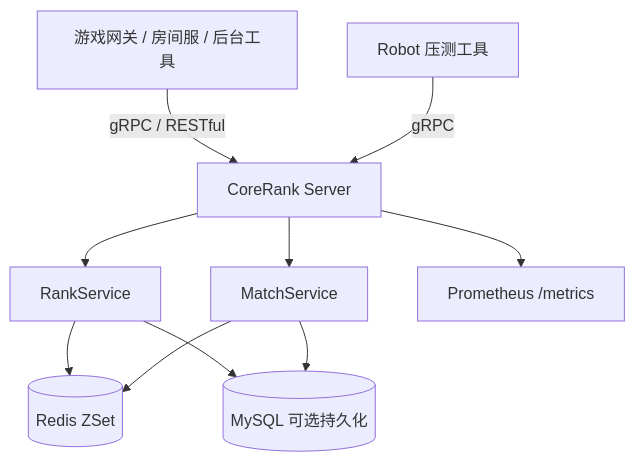
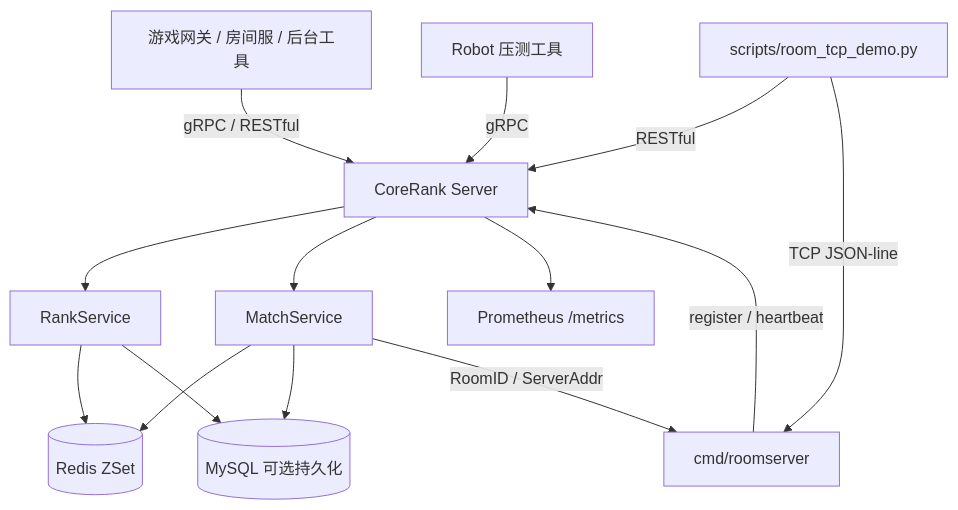
The diagram in CoreRank_Proposal.md (jingjie2002/CoreRank), drawn with Mermaid before and after one commit. The commit also changed other lines of this file and 1 other file, not shown here.

Commit message:
docs: update tcp roomserver project overview

````diff
--- a/CoreRank_Proposal.md
+++ b/CoreRank_Proposal.md
@@ -121,12 +127,16 @@
 ```mermaid
 graph TB
     Client["游戏网关 / 房间服 / 后台工具"] -->|"gRPC / RESTful"| Server["CoreRank Server"]
     Robot["Robot 压测工具"] -->|"gRPC"| Server
+    RoomDemo["scripts/room_tcp_demo.py"] -->|"RESTful"| Server
+    RoomDemo -->|"TCP JSON-line"| RoomServer["cmd/roomserver"]
+    RoomServer -->|"register / heartbeat"| Server
     Server --> RankService["RankService"]
     Server --> MatchService["MatchService"]
     RankService --> Redis[("Redis ZSet")]
     MatchService --> Redis
     RankService --> MySQL[("MySQL 可选持久化")]
     MatchService --> MySQL
     Server --> Metrics["Prometheus /metrics"]
+    MatchService -->|"RoomID / ServerAddr"| RoomServer
 ```
````
